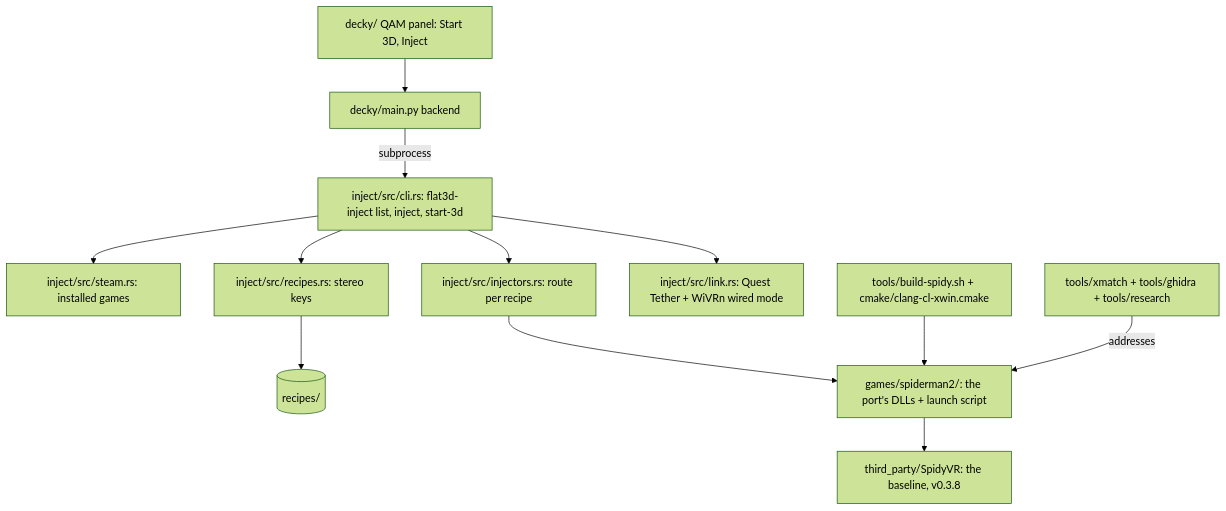
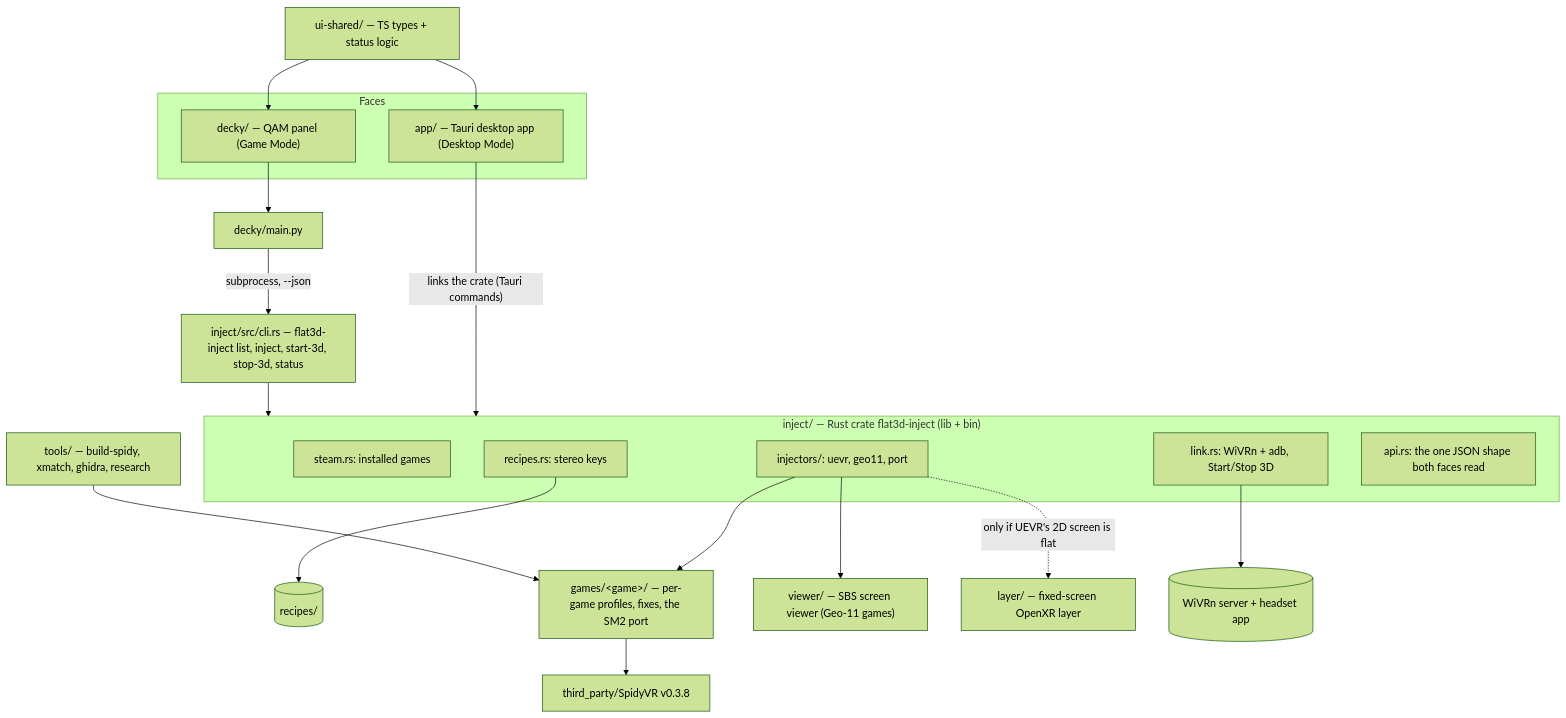
The diagram in docs/code-map.md (iannitram/flat-to-3d), drawn with Mermaid (forest theme) before and after one commit. The commit also changed other lines of this file and 4 other files, not shown here.

First line of the commit message:
Code map: one engine, two faces (Tauri app + Decky plugin)

````diff
--- a/docs/code-map.md
+++ b/docs/code-map.md
@@ -9,14 +11,26 @@
 ```mermaid
 flowchart TD
-    QAM[decky/ QAM panel: Start 3D, Inject] --> Back[decky/main.py backend]
-    Back -->|subprocess| CLI[inject/src/cli.rs: flat3d-inject list, inject, start-3d]
-    CLI --> Steam[inject/src/steam.rs: installed games]
-    CLI --> Rec[inject/src/recipes.rs: stereo keys]
-    CLI --> Inj[inject/src/injectors.rs: route per recipe]
-    CLI --> Link[inject/src/link.rs: Quest Tether + WiVRn wired mode]
+    subgraph Faces
+      App["app/ — Tauri desktop app (Desktop Mode)"]
+      QAM["decky/ — QAM panel (Game Mode)"]
+    end
+    Shared["ui-shared/ — TS types + status logic"] --> App
+    Shared --> QAM
+    App -->|"links the crate (Tauri commands)"| Engine
+    QAM --> Back["decky/main.py"] -->|"subprocess, --json"| CLI["inject/src/cli.rs — flat3d-inject list, inject, start-3d, stop-3d, status"]
+    CLI --> Engine
+    subgraph Engine["inject/ — Rust crate flat3d-inject (lib + bin)"]
+      Steam[steam.rs: installed games]
+      Rec[recipes.rs: stereo keys]
+      Inj[injectors/: uevr, geo11, port]
+      Link[link.rs: WiVRn + adb, Start/Stop 3D]
+      Api[api.rs: the one JSON shape both faces read]
+    end
     Rec --> RecFiles[(recipes/)]
-    Inj --> Port[games/spiderman2/: the port's DLLs + launch script]
-    Port --> Spidy[third_party/SpidyVR: the baseline, v0.3.8]
-    Build[tools/build-spidy.sh + cmake/clang-cl-xwin.cmake] --> Port
-    Match[tools/xmatch + tools/ghidra + tools/research] -->|addresses| Port
+    Inj --> Games["games/&lt;game&gt;/ — per-game profiles, fixes, the SM2 port"]
+    Inj --> Viewer["viewer/ — SBS screen viewer (Geo-11 games)"]
+    Inj -.only if UEVR's 2D screen is flat.-> Layer["layer/ — fixed-screen OpenXR layer"]
+    Link --> WiVRn[(WiVRn server + headset app)]
+    Games --> Spidy[third_party/SpidyVR v0.3.8]
+    Tools["tools/ — build-spidy, xmatch, ghidra, research"] --> Games
 ```
````
